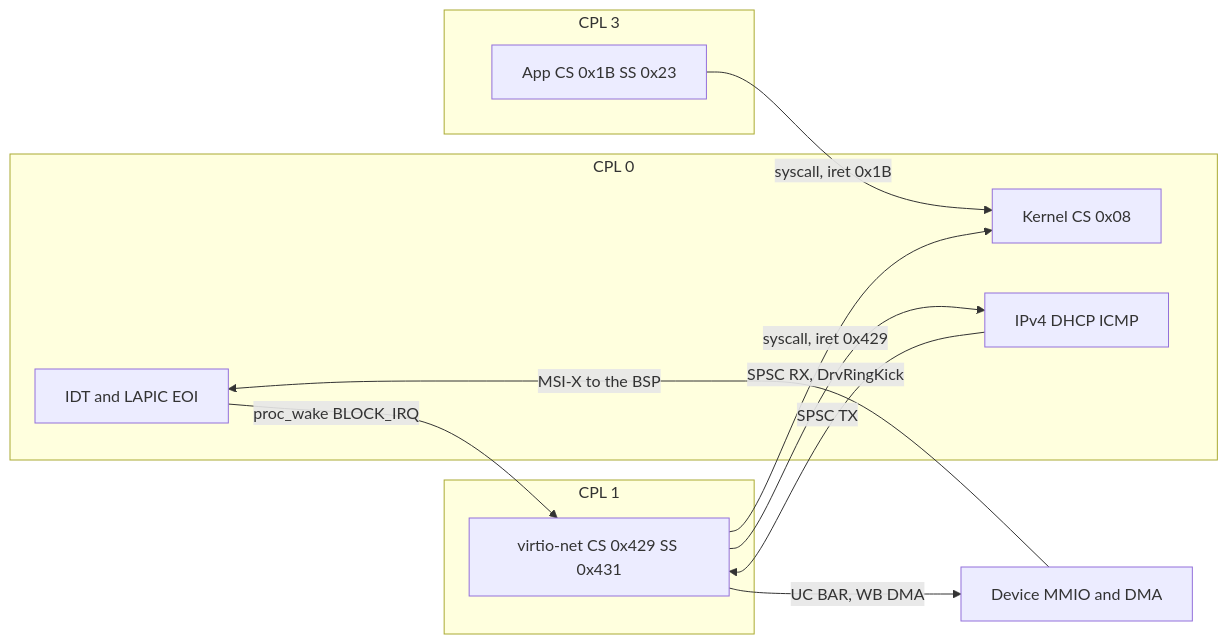
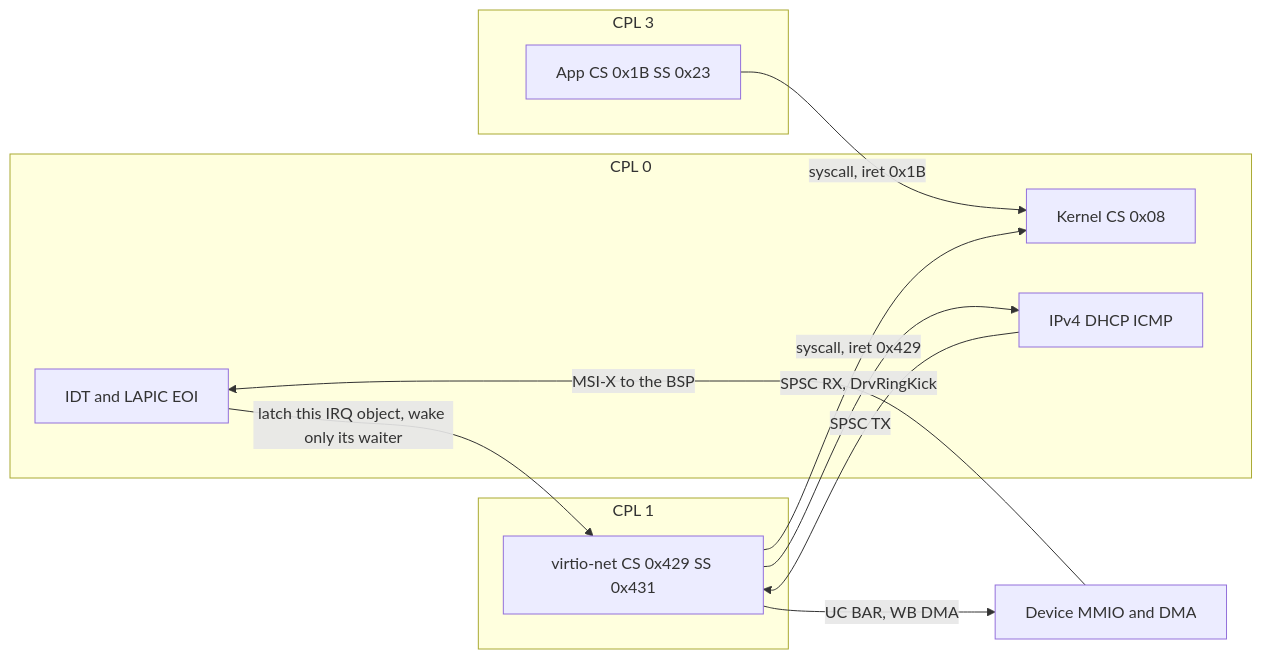
Before and after one commit to ritz-lang/rz: the first of 2 diagrams in projects/harland/docs/RING1_DRIVER.md, drawn with Mermaid. The commit also changed other lines of this file, not shown here.

First line of the commit message:
harland: 🤖 Align ring-1 quiesce, IRQ wait, and acceptance with the re-review

````diff
--- a/projects/harland/docs/RING1_DRIVER.md
+++ b/projects/harland/docs/RING1_DRIVER.md
@@ -93,23 +93,23 @@
 ```mermaid
 flowchart LR
   subgraph r3 [CPL 3]
     app["App CS 0x1B SS 0x23"]
   end
   subgraph r0 [CPL 0]
     kern["Kernel CS 0x08"]
     idt["IDT and LAPIC EOI"]
     stack["IPv4 DHCP ICMP"]
   end
   subgraph r1 [CPL 1]
     drv["virtio-net CS 0x429 SS 0x431"]
   end
   dev["Device MMIO and DMA"]
 
   app -->|"syscall, iret 0x1B"| kern
   drv -->|"syscall, iret 0x429"| kern
   dev -->|"MSI-X to the BSP"| idt
-  idt -->|"proc_wake BLOCK_IRQ"| drv
+  idt -->|"latch this IRQ object, wake only its waiter"| drv
   drv -->|"UC BAR, WB DMA"| dev
   drv -->|"SPSC RX, DrvRingKick"| stack
   stack -->|"SPSC TX"| drv
 ```
````
